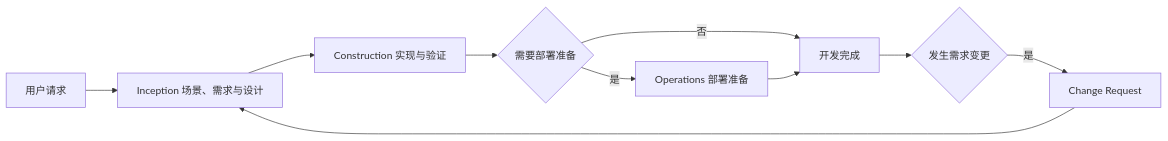
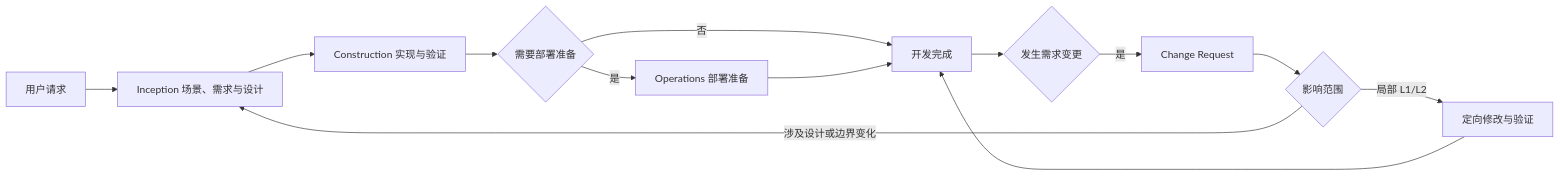
Before and after one commit to loeyae/loeyae-aidlc-v2: the diagram in dist/codebuddy/plugins/loeyae-aidlc/knowledge/protocols/common-process-overview.md, drawn with Mermaid. The commit also changed other lines of this file and 171 other files, not shown here.

````diff
--- a/dist/codebuddy/plugins/loeyae-aidlc/knowledge/protocols/common-process-overview.md
+++ b/dist/codebuddy/plugins/loeyae-aidlc/knowledge/protocols/common-process-overview.md
@@ -18,12 +20,15 @@
 ```mermaid
 flowchart LR
     Start["用户请求"] --> Inception["Inception 场景、需求与设计"]
     Inception --> Construction["Construction 实现与验证"]
     Construction --> NeedDeploy{"需要部署准备"}
     NeedDeploy -->|"是"| Operations["Operations 部署准备"]
     NeedDeploy -->|"否"| Done["开发完成"]
     Operations --> Done
     Done --> Change{"发生需求变更"}
     Change -->|"是"| ChangeRequest["Change Request"]
-    ChangeRequest --> Inception
+    ChangeRequest --> Risk{"影响范围"}
+    Risk -->|"局部 L1/L2"| Patch["定向修改与验证"]
+    Patch --> Done
+    Risk -->|"涉及设计或边界变化"| Inception
 ```
````
